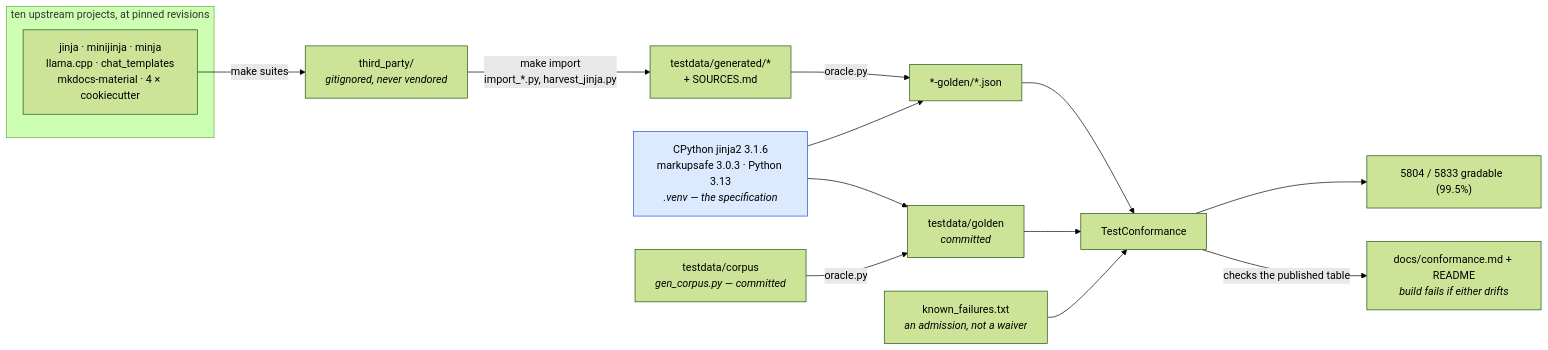
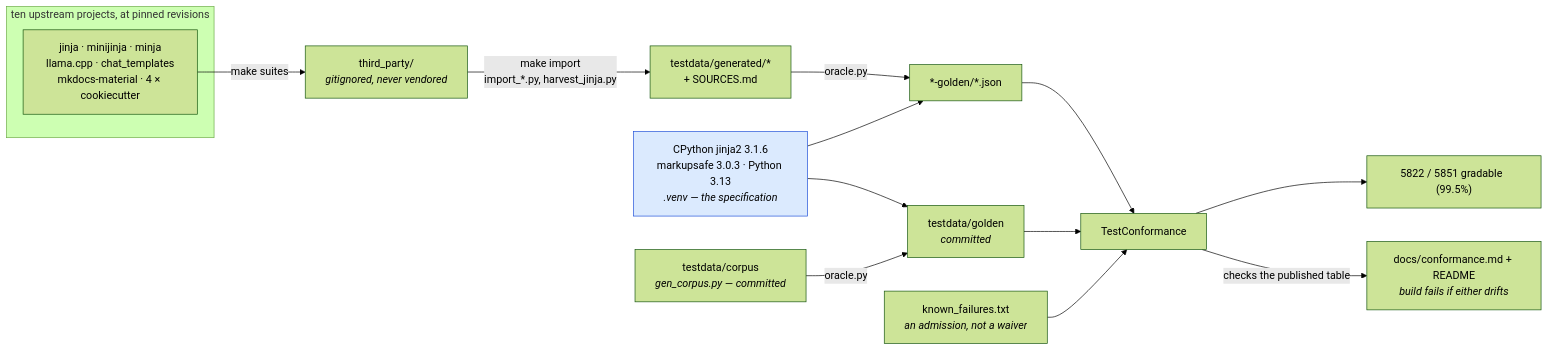
One commit to mgilbir/gojja2 changed the first of 2 diagrams in docs/conformance.md. Above: the diagram before and after it, drawn with Mermaid (forest theme). The commit also changed other lines of this file and 83 other files, not shown here.

````diff
--- a/docs/conformance.md
+++ b/docs/conformance.md
@@ -17,24 +17,24 @@
 ```mermaid
 flowchart LR
     subgraph up["ten upstream projects, at pinned revisions"]
         U1["jinja · minijinja · minja<br/>llama.cpp · chat_templates<br/>mkdocs-material · 4 × cookiecutter"]
     end
     U1 -->|"make suites"| TP["third_party/<br/><i>gitignored, never vendored</i>"]
     TP -->|"make import<br/>import_*.py, harvest_jinja.py"| GEN["testdata/generated/*<br/>+ SOURCES.md"]
 
     ORA["CPython jinja2 3.1.6<br/>markupsafe 3.0.3 · Python 3.13<br/><i>.venv — the specification</i>"]
     GEN -->|"oracle.py"| G2["*-golden/*.json"]
     ORA --> G2
 
     OWN["testdata/corpus<br/><i>gen_corpus.py — committed</i>"] -->|"oracle.py"| G1["testdata/golden<br/><i>committed</i>"]
     ORA --> G1
 
     G1 --> TC["TestConformance"]
     G2 --> TC
     KF["known_failures.txt<br/><i>an admission, not a waiver</i>"] --> TC
-    TC --> RATE["5804 / 5833 gradable  (99.5%)"]
+    TC --> RATE["5822 / 5851 gradable  (99.5%)"]
     TC -->|"checks the published table"| RM["docs/conformance.md + README<br/><i>build fails if either drifts</i>"]
 
     classDef spec fill:#dbeafe,stroke:#1d4ed8,color:#000
     class ORA spec
 ```
````
